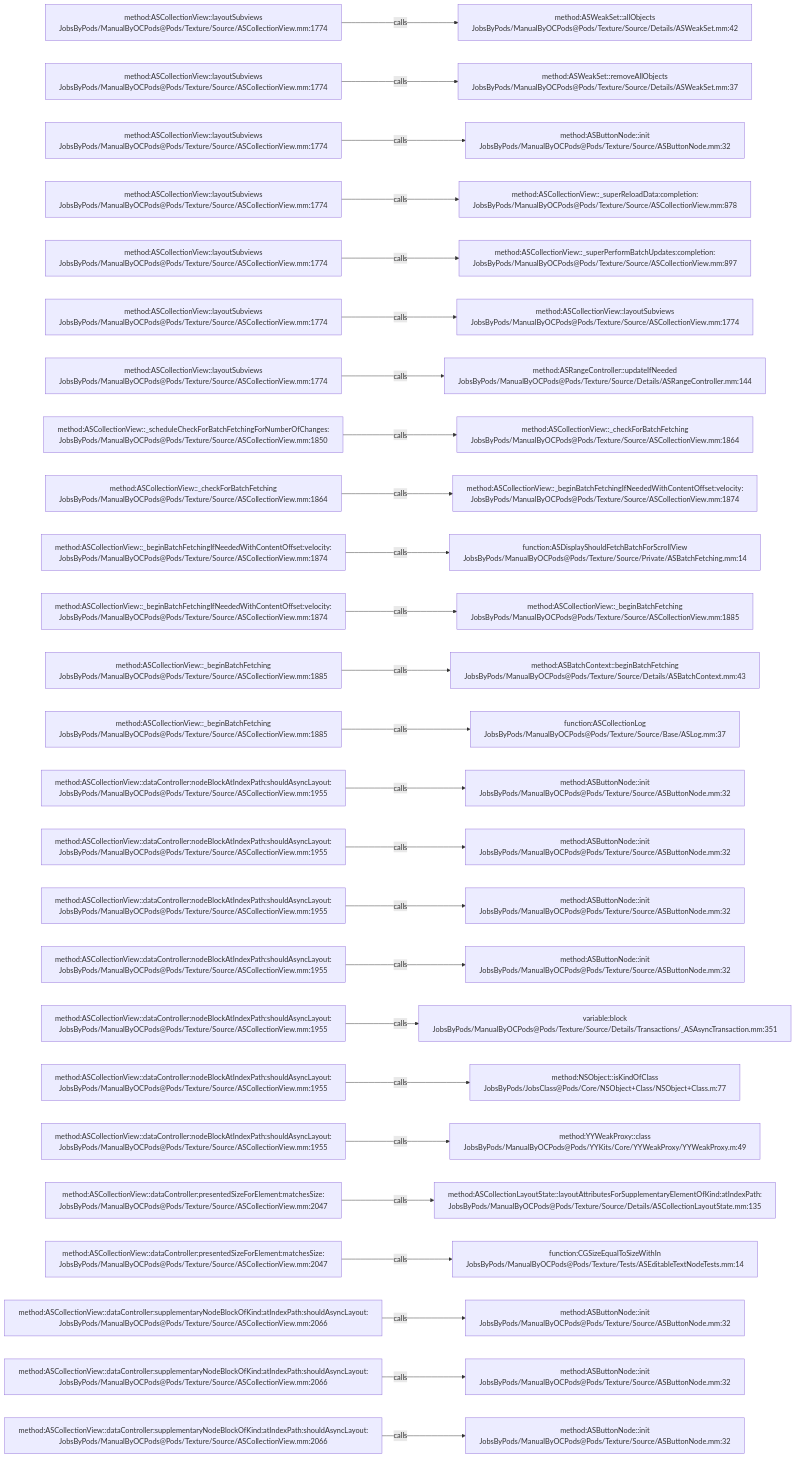
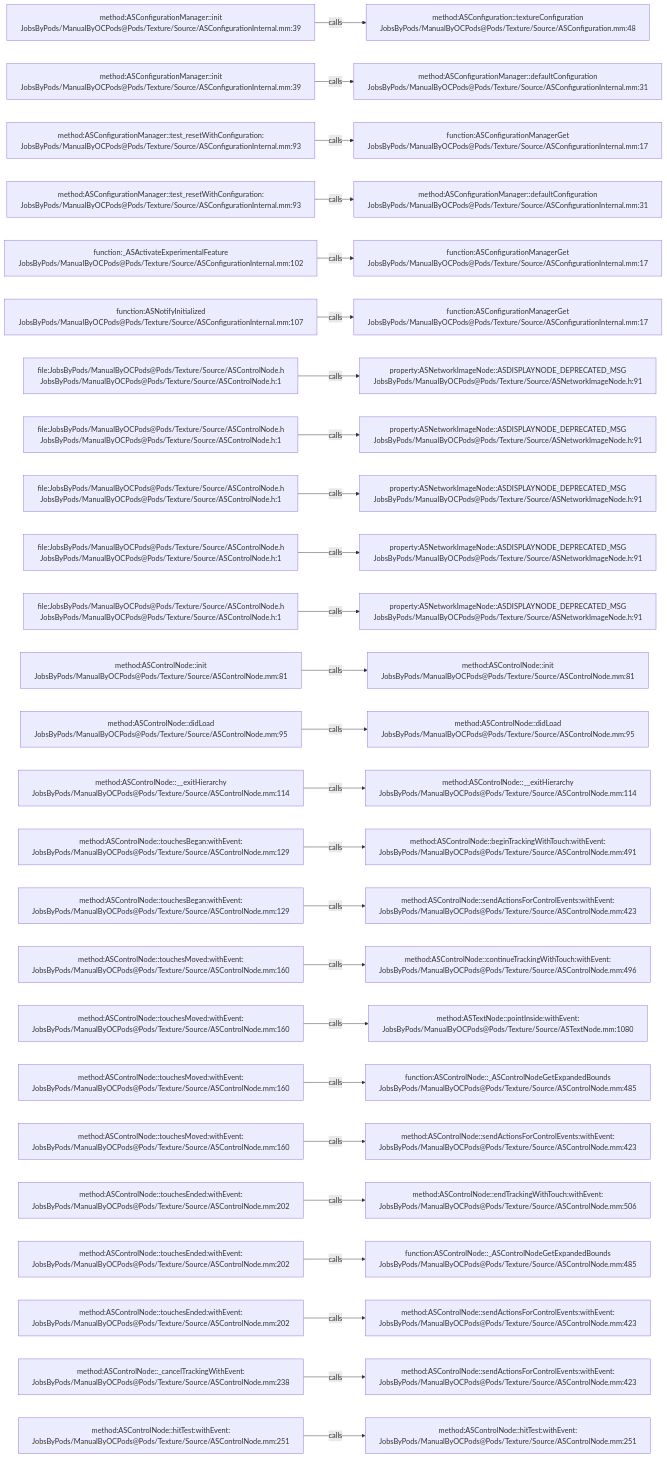
The diagram in .codegraph/codegraph.md/graphs/calls-084.md (JobsKits/JobsOCBaseConfigDemo), drawn with Mermaid before and after one commit. The commit also changed 1353 other files, not shown here.

````diff
--- a/.codegraph/codegraph.md/graphs/calls-084.md
+++ b/.codegraph/codegraph.md/graphs/calls-084.md
@@ -13,78 +13,78 @@
 ```mermaid
 flowchart LR
-  S1["method:ASCollectionView::layoutSubviews<br/>JobsByPods/ManualByOCPods@Pods/Texture/Source/ASCollectionView.mm:1774"]
-  T1["method:ASWeakSet::allObjects<br/>JobsByPods/ManualByOCPods@Pods/Texture/Source/Details/ASWeakSet.mm:42"]
+  S1["method:ASConfigurationManager::init<br/>JobsByPods/ManualByOCPods@Pods/Texture/Source/ASConfigurationInternal.mm:39"]
+  T1["method:ASConfiguration::textureConfiguration<br/>JobsByPods/ManualByOCPods@Pods/Texture/Source/ASConfiguration.mm:48"]
   S1 -->|calls| T1
-  S2["method:ASCollectionView::layoutSubviews<br/>JobsByPods/ManualByOCPods@Pods/Texture/Source/ASCollectionView.mm:1774"]
-  T2["method:ASWeakSet::removeAllObjects<br/>JobsByPods/ManualByOCPods@Pods/Texture/Source/Details/ASWeakSet.mm:37"]
+  S2["method:ASConfigurationManager::init<br/>JobsByPods/ManualByOCPods@Pods/Texture/Source/ASConfigurationInternal.mm:39"]
+  T2["method:ASConfigurationManager::defaultConfiguration<br/>JobsByPods/ManualByOCPods@Pods/Texture/Source/ASConfigurationInternal.mm:31"]
   S2 -->|calls| T2
-  S3["method:ASCollectionView::layoutSubviews<br/>JobsByPods/ManualByOCPods@Pods/Texture/Source/ASCollectionView.mm:1774"]
-  T3["method:ASButtonNode::init<br/>JobsByPods/ManualByOCPods@Pods/Texture/Source/ASButtonNode.mm:32"]
+  S3["method:ASConfigurationManager::test_resetWithConfiguration:<br/>JobsByPods/ManualByOCPods@Pods/Texture/Source/ASConfigurationInternal.mm:93"]
+  T3["function:ASConfigurationManagerGet<br/>JobsByPods/ManualByOCPods@Pods/Texture/Source/ASConfigurationInternal.mm:17"]
   S3 -->|calls| T3
-  S4["method:ASCollectionView::layoutSubviews<br/>JobsByPods/ManualByOCPods@Pods/Texture/Source/ASCollectionView.mm:1774"]
-  T4["method:ASCollectionView::_superReloadData:completion:<br/>JobsByPods/ManualByOCPods@Pods/Texture/Source/ASCollectionView.mm:878"]
+  S4["method:ASConfigurationManager::test_resetWithConfiguration:<br/>JobsByPods/ManualByOCPods@Pods/Texture/Source/ASConfigurationInternal.mm:93"]
+  T4["method:ASConfigurationManager::defaultConfiguration<br/>JobsByPods/ManualByOCPods@Pods/Texture/Source/ASConfigurationInternal.mm:31"]
   S4 -->|calls| T4
-  S5["method:ASCollectionView::layoutSubviews<br/>JobsByPods/ManualByOCPods@Pods/Texture/Source/ASCollectionView.mm:1774"]
-  T5["method:ASCollectionView::_superPerformBatchUpdates:completion:<br/>JobsByPods/ManualByOCPods@Pods/Texture/Source/ASCollectionView.mm:897"]
+  S5["function:_ASActivateExperimentalFeature<br/>JobsByPods/ManualByOCPods@Pods/Texture/Source/ASConfigurationInternal.mm:102"]
+  T5["function:ASConfigurationManagerGet<br/>JobsByPods/ManualByOCPods@Pods/Texture/Source/ASConfigurationInternal.mm:17"]
   S5 -->|calls| T5
-  S6["method:ASCollectionView::layoutSubviews<br/>JobsByPods/ManualByOCPods@Pods/Texture/Source/ASCollectionView.mm:1774"]
-  T6["method:ASCollectionView::layoutSubviews<br/>JobsByPods/ManualByOCPods@Pods/Texture/Source/ASCollectionView.mm:1774"]
+  S6["function:ASNotifyInitialized<br/>JobsByPods/ManualByOCPods@Pods/Texture/Source/ASConfigurationInternal.mm:107"]
+  T6["function:ASConfigurationManagerGet<br/>JobsByPods/ManualByOCPods@Pods/Texture/Source/ASConfigurationInternal.mm:17"]
   S6 -->|calls| T6
-  S7["method:ASCollectionView::layoutSubviews<br/>JobsByPods/ManualByOCPods@Pods/Texture/Source/ASCollectionView.mm:1774"]
-  T7["method:ASRangeController::updateIfNeeded<br/>JobsByPods/ManualByOCPods@Pods/Texture/Source/Details/ASRangeController.mm:144"]
+  S7["file:JobsByPods/ManualByOCPods@Pods/Texture/Source/ASControlNode.h<br/>JobsByPods/ManualByOCPods@Pods/Texture/Source/ASControlNode.h:1"]
+  T7["property:ASNetworkImageNode::ASDISPLAYNODE_DEPRECATED_MSG<br/>JobsByPods/ManualByOCPods@Pods/Texture/Source/ASNetworkImageNode.h:91"]
   S7 -->|calls| T7
-  S8["method:ASCollectionView::_scheduleCheckForBatchFetchingForNumberOfChanges:<br/>JobsByPods/ManualByOCPods@Pods/Texture/Source/ASCollectionView.mm:1850"]
-  T8["method:ASCollectionView::_checkForBatchFetching<br/>JobsByPods/ManualByOCPods@Pods/Texture/Source/ASCollectionView.mm:1864"]
+  S8["file:JobsByPods/ManualByOCPods@Pods/Texture/Source/ASControlNode.h<br/>JobsByPods/ManualByOCPods@Pods/Texture/Source/ASControlNode.h:1"]
+  T8["property:ASNetworkImageNode::ASDISPLAYNODE_DEPRECATED_MSG<br/>JobsByPods/ManualByOCPods@Pods/Texture/Source/ASNetworkImageNode.h:91"]
   S8 -->|calls| T8
-  S9["method:ASCollectionView::_checkForBatchFetching<br/>JobsByPods/ManualByOCPods@Pods/Texture/Source/ASCollectionView.mm:1864"]
-  T9["method:ASCollectionView::_beginBatchFetchingIfNeededWithContentOffset:velocity:<br/>JobsByPods/ManualByOCPods@Pods/Texture/Source/ASCollectionView.mm:1874"]
+  S9["file:JobsByPods/ManualByOCPods@Pods/Texture/Source/ASControlNode.h<br/>JobsByPods/ManualByOCPods@Pods/Texture/Source/ASControlNode.h:1"]
+  T9["property:ASNetworkImageNode::ASDISPLAYNODE_DEPRECATED_MSG<br/>JobsByPods/ManualByOCPods@Pods/Texture/Source/ASNetworkImageNode.h:91"]
   S9 -->|calls| T9
-  S10["method:ASCollectionView::_beginBatchFetchingIfNeededWithContentOffset:velocity:<br/>JobsByPods/ManualByOCPods@Pods/Texture/Source/ASCollectionView.mm:1874"]
-  T10["function:ASDisplayShouldFetchBatchForScrollView<br/>JobsByPods/ManualByOCPods@Pods/Texture/Source/Private/ASBatchFetching.mm:14"]
+  S10["file:JobsByPods/ManualByOCPods@Pods/Texture/Source/ASControlNode.h<br/>JobsByPods/ManualByOCPods@Pods/Texture/Source/ASControlNode.h:1"]
+  T10["property:ASNetworkImageNode::ASDISPLAYNODE_DEPRECATED_MSG<br/>JobsByPods/ManualByOCPods@Pods/Texture/Source/ASNetworkImageNode.h:91"]
   S10 -->|calls| T10
-  S11["method:ASCollectionView::_beginBatchFetchingIfNeededWithContentOffset:velocity:<br/>JobsByPods/ManualByOCPods@Pods/Texture/Source/ASCollectionView.mm:1874"]
-  T11["method:ASCollectionView::_beginBatchFetching<br/>JobsByPods/ManualByOCPods@Pods/Texture/Source/ASCollectionView.mm:1885"]
+  S11["file:JobsByPods/ManualByOCPods@Pods/Texture/Source/ASControlNode.h<br/>JobsByPods/ManualByOCPods@Pods/Texture/Source/ASControlNode.h:1"]
+  T11["property:ASNetworkImageNode::ASDISPLAYNODE_DEPRECATED_MSG<br/>JobsByPods/ManualByOCPods@Pods/Texture/Source/ASNetworkImageNode.h:91"]
   S11 -->|calls| T11
-  S12["method:ASCollectionView::_beginBatchFetching<br/>JobsByPods/ManualByOCPods@Pods/Texture/Source/ASCollectionView.mm:1885"]
-  T12["method:ASBatchContext::beginBatchFetching<br/>JobsByPods/ManualByOCPods@Pods/Texture/Source/Details/ASBatchContext.mm:43"]
+  S12["method:ASControlNode::init<br/>JobsByPods/ManualByOCPods@Pods/Texture/Source/ASControlNode.mm:81"]
+  T12["method:ASControlNode::init<br/>JobsByPods/ManualByOCPods@Pods/Texture/Source/ASControlNode.mm:81"]
   S12 -->|calls| T12
-  S13["method:ASCollectionView::_beginBatchFetching<br/>JobsByPods/ManualByOCPods@Pods/Texture/Source/ASCollectionView.mm:1885"]
-  T13["function:ASCollectionLog<br/>JobsByPods/ManualByOCPods@Pods/Texture/Source/Base/ASLog.mm:37"]
+  S13["method:ASControlNode::didLoad<br/>JobsByPods/ManualByOCPods@Pods/Texture/Source/ASControlNode.mm:95"]
+  T13["method:ASControlNode::didLoad<br/>JobsByPods/ManualByOCPods@Pods/Texture/Source/ASControlNode.mm:95"]
   S13 -->|calls| T13
-  S14["method:ASCollectionView::dataController:nodeBlockAtIndexPath:shouldAsyncLayout:<br/>JobsByPods/ManualByOCPods@Pods/Texture/Source/ASCollectionView.mm:1955"]
-  T14["method:ASButtonNode::init<br/>JobsByPods/ManualByOCPods@Pods/Texture/Source/ASButtonNode.mm:32"]
+  S14["method:ASControlNode::__exitHierarchy<br/>JobsByPods/ManualByOCPods@Pods/Texture/Source/ASControlNode.mm:114"]
+  T14["method:ASControlNode::__exitHierarchy<br/>JobsByPods/ManualByOCPods@Pods/Texture/Source/ASControlNode.mm:114"]
   S14 -->|calls| T14
-  S15["method:ASCollectionView::dataController:nodeBlockAtIndexPath:shouldAsyncLayout:<br/>JobsByPods/ManualByOCPods@Pods/Texture/Source/ASCollectionView.mm:1955"]
-  T15["method:ASButtonNode::init<br/>JobsByPods/ManualByOCPods@Pods/Texture/Source/ASButtonNode.mm:32"]
+  S15["method:ASControlNode::touchesBegan:withEvent:<br/>JobsByPods/ManualByOCPods@Pods/Texture/Source/ASControlNode.mm:129"]
+  T15["method:ASControlNode::beginTrackingWithTouch:withEvent:<br/>JobsByPods/ManualByOCPods@Pods/Texture/Source/ASControlNode.mm:491"]
   S15 -->|calls| T15
-  S16["method:ASCollectionView::dataController:nodeBlockAtIndexPath:shouldAsyncLayout:<br/>JobsByPods/ManualByOCPods@Pods/Texture/Source/ASCollectionView.mm:1955"]
-  T16["method:ASButtonNode::init<br/>JobsByPods/ManualByOCPods@Pods/Texture/Source/ASButtonNode.mm:32"]
+  S16["method:ASControlNode::touchesBegan:withEvent:<br/>JobsByPods/ManualByOCPods@Pods/Texture/Source/ASControlNode.mm:129"]
+  T16["method:ASControlNode::sendActionsForControlEvents:withEvent:<br/>JobsByPods/ManualByOCPods@Pods/Texture/Source/ASControlNode.mm:423"]
   S16 -->|calls| T16
-  S17["method:ASCollectionView::dataController:nodeBlockAtIndexPath:shouldAsyncLayout:<br/>JobsByPods/ManualByOCPods@Pods/Texture/Source/ASCollectionView.mm:1955"]
-  T17["method:ASButtonNode::init<br/>JobsByPods/ManualByOCPods@Pods/Texture/Source/ASButtonNode.mm:32"]
+  S17["method:ASControlNode::touchesMoved:withEvent:<br/>JobsByPods/ManualByOCPods@Pods/Texture/Source/ASControlNode.mm:160"]
+  T17["method:ASControlNode::continueTrackingWithTouch:withEvent:<br/>JobsByPods/ManualByOCPods@Pods/Texture/Source/ASControlNode.mm:496"]
   S17 -->|calls| T17
-  S18["method:ASCollectionView::dataController:nodeBlockAtIndexPath:shouldAsyncLayout:<br/>JobsByPods/ManualByOCPods@Pods/Texture/Source/ASCollectionView.mm:1955"]
-  T18["variable:block<br/>JobsByPods/ManualByOCPods@Pods/Texture/Source/Details/Transactions/_ASAsyncTransaction.mm:351"]
+  S18["method:ASControlNode::touchesMoved:withEvent:<br/>JobsByPods/ManualByOCPods@Pods/Texture/Source/ASControlNode.mm:160"]
+  T18["method:ASTextNode::pointInside:withEvent:<br/>JobsByPods/ManualByOCPods@Pods/Texture/Source/ASTextNode.mm:1080"]
   S18 -->|calls| T18
-  S19["method:ASCollectionView::dataController:nodeBlockAtIndexPath:shouldAsyncLayout:<br/>JobsByPods/ManualByOCPods@Pods/Texture/Source/ASCollectionView.mm:1955"]
-  T19["method:NSObject::isKindOfClass<br/>JobsByPods/JobsClass@Pods/Core/NSObject+Class/NSObject+Class.m:77"]
+  S19["method:ASControlNode::touchesMoved:withEvent:<br/>JobsByPods/ManualByOCPods@Pods/Texture/Source/ASControlNode.mm:160"]
+  T19["function:ASControlNode::_ASControlNodeGetExpandedBounds<br/>JobsByPods/ManualByOCPods@Pods/Texture/Source/ASControlNode.mm:485"]
   S19 -->|calls| T19
-  S20["method:ASCollectionView::dataController:nodeBlockAtIndexPath:shouldAsyncLayout:<br/>JobsByPods/ManualByOCPods@Pods/Texture/Source/ASCollectionView.mm:1955"]
-  T20["method:YYWeakProxy::class<br/>JobsByPods/ManualByOCPods@Pods/YYKits/Core/YYWeakProxy/YYWeakProxy.m:49"]
+  S20["method:ASControlNode::touchesMoved:withEvent:<br/>JobsByPods/ManualByOCPods@Pods/Texture/Source/ASControlNode.mm:160"]
+  T20["method:ASControlNode::sendActionsForControlEvents:withEvent:<br/>JobsByPods/ManualByOCPods@Pods/Texture/Source/ASControlNode.mm:423"]
   S20 -->|calls| T20
-  S21["method:ASCollectionView::dataController:presentedSizeForElement:matchesSize:<br/>JobsByPods/ManualByOCPods@Pods/Texture/Source/ASCollectionView.mm:2047"]
-  T21["method:ASCollectionLayoutState::layoutAttributesForSupplementaryElementOfKind:atIndexPath:<br/>JobsByPods/ManualByOCPods@Pods/Texture/Source/Details/ASCollectionLayoutState.mm:135"]
+  S21["method:ASControlNode::touchesEnded:withEvent:<br/>JobsByPods/ManualByOCPods@Pods/Texture/Source/ASControlNode.mm:202"]
+  T21["method:ASControlNode::endTrackingWithTouch:withEvent:<br/>JobsByPods/ManualByOCPods@Pods/Texture/Source/ASControlNode.mm:506"]
   S21 -->|calls| T21
-  S22["method:ASCollectionView::dataController:presentedSizeForElement:matchesSize:<br/>JobsByPods/ManualByOCPods@Pods/Texture/Source/ASCollectionView.mm:2047"]
-  T22["function:CGSizeEqualToSizeWithIn<br/>JobsByPods/ManualByOCPods@Pods/Texture/Tests/ASEditableTextNodeTests.mm:14"]
+  S22["method:ASControlNode::touchesEnded:withEvent:<br/>JobsByPods/ManualByOCPods@Pods/Texture/Source/ASControlNode.mm:202"]
+  T22["function:ASControlNode::_ASControlNodeGetExpandedBounds<br/>JobsByPods/ManualByOCPods@Pods/Texture/Source/ASControlNode.mm:485"]
   S22 -->|calls| T22
-  S23["method:ASCollectionView::dataController:supplementaryNodeBlockOfKind:atIndexPath:shouldAsyncLayout:<br/>JobsByPods/ManualByOCPods@Pods/Texture/Source/ASCollectionView.mm:2066"]
-  T23["method:ASButtonNode::init<br/>JobsByPods/ManualByOCPods@Pods/Texture/Source/ASButtonNode.mm:32"]
+  S23["method:ASControlNode::touchesEnded:withEvent:<br/>JobsByPods/ManualByOCPods@Pods/Texture/Source/ASControlNode.mm:202"]
+  T23["method:ASControlNode::sendActionsForControlEvents:withEvent:<br/>JobsByPods/ManualByOCPods@Pods/Texture/Source/ASControlNode.mm:423"]
   S23 -->|calls| T23
-  S24["method:ASCollectionView::dataController:supplementaryNodeBlockOfKind:atIndexPath:shouldAsyncLayout:<br/>JobsByPods/ManualByOCPods@Pods/Texture/Source/ASCollectionView.mm:2066"]
-  T24["method:ASButtonNode::init<br/>JobsByPods/ManualByOCPods@Pods/Texture/Source/ASButtonNode.mm:32"]
+  S24["method:ASControlNode::_cancelTrackingWithEvent:<br/>JobsByPods/ManualByOCPods@Pods/Texture/Source/ASControlNode.mm:238"]
+  T24["method:ASControlNode::sendActionsForControlEvents:withEvent:<br/>JobsByPods/ManualByOCPods@Pods/Texture/Source/ASControlNode.mm:423"]
   S24 -->|calls| T24
-  S25["method:ASCollectionView::dataController:supplementaryNodeBlockOfKind:atIndexPath:shouldAsyncLayout:<br/>JobsByPods/ManualByOCPods@Pods/Texture/Source/ASCollectionView.mm:2066"]
-  T25["method:ASButtonNode::init<br/>JobsByPods/ManualByOCPods@Pods/Texture/Source/ASButtonNode.mm:32"]
+  S25["method:ASControlNode::hitTest:withEvent:<br/>JobsByPods/ManualByOCPods@Pods/Texture/Source/ASControlNode.mm:251"]
+  T25["method:ASControlNode::hitTest:withEvent:<br/>JobsByPods/ManualByOCPods@Pods/Texture/Source/ASControlNode.mm:251"]
   S25 -->|calls| T25
 ```
````
